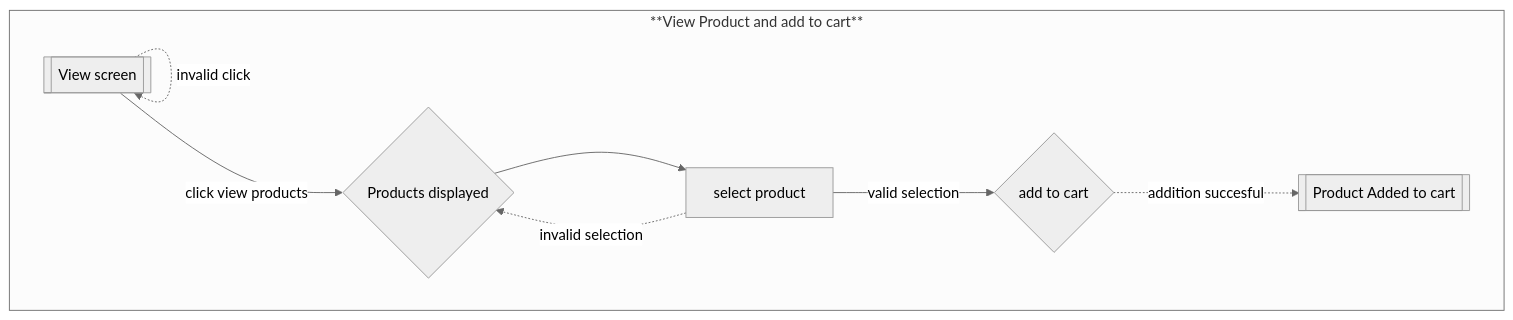
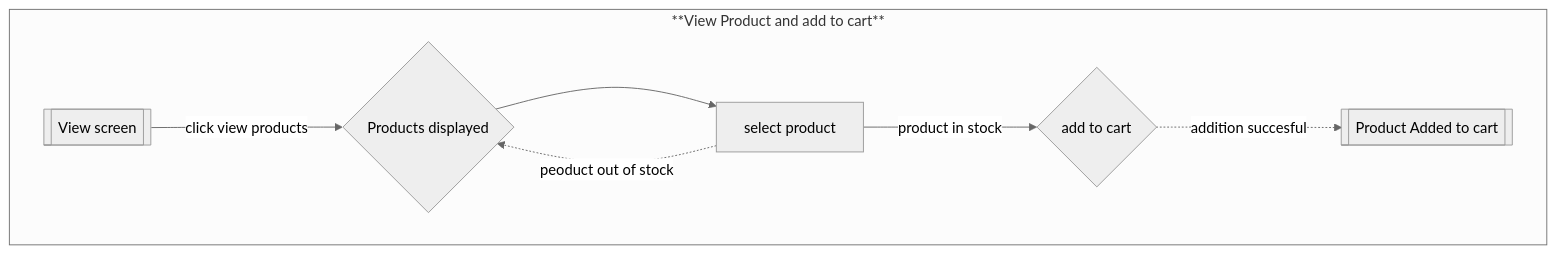
Before and after one commit to asantec2/cassy-project: the first of 2 diagrams in flows.md, drawn with Mermaid (neutral theme). The commit also changed other lines of this file and 2 other files, not shown here.

Commit message:
Resubmissionof Phase 1 design

````diff
--- a/flows.md
+++ b/flows.md
@@ -8,14 +8,13 @@
 ```mermaid
 flowchart
 subgraph **View Product and add to cart**
 
 Start[[View screen]]--click view products--> ProductsDisplayed{Products displayed}
-Start -.invalid click.-> Start
 ProductsDisplayed -->SelectProduct[select product]
-SelectProduct --valid selection--> AddCart{add to cart}
-SelectProduct -.invalid selection .->ProductsDisplayed
+SelectProduct --product in stock--> AddCart{add to cart}
+SelectProduct -.peoduct out of stock .->ProductsDisplayed
 AddCart -.addition succesful.-> Done[[Product Added to cart]]
 
 end
 
 ```
````
